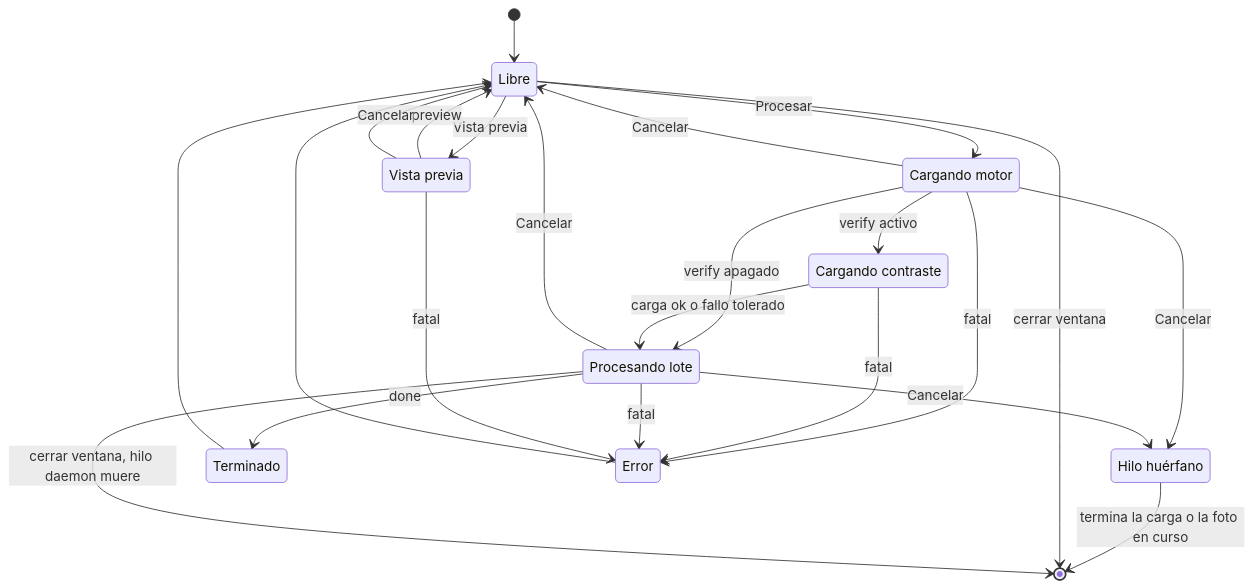
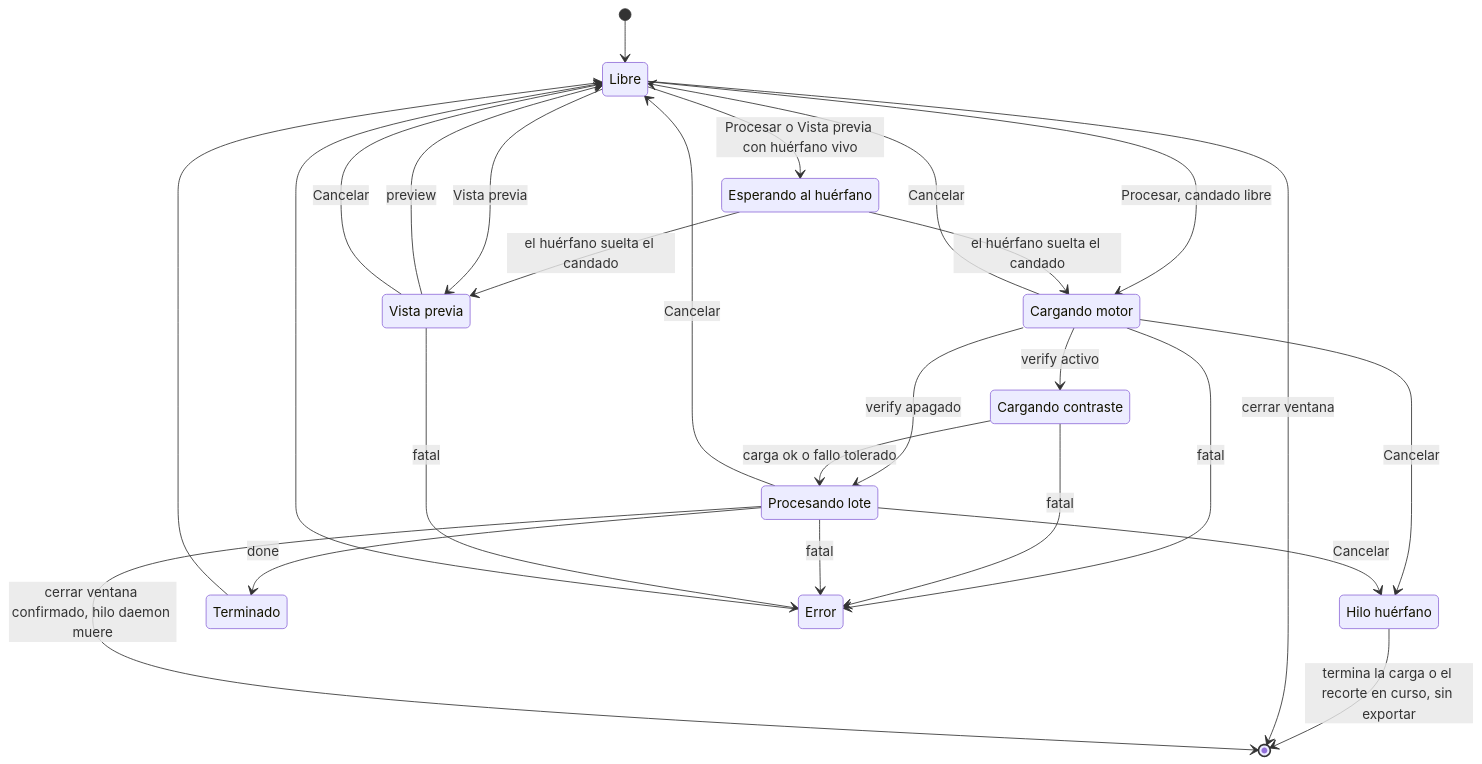
The first of 10 diagrams in docs/MAQUINAS_DE_ESTADO.md (kamiru-art/ps_bg_remover), drawn with Mermaid before and after one commit. The commit also changed other lines of this file, not shown here.

````diff
--- a/docs/MAQUINAS_DE_ESTADO.md
+++ b/docs/MAQUINAS_DE_ESTADO.md
@@ -109,30 +115,34 @@
 ```mermaid
 stateDiagram-v2
     [*] --> Libre
+    state "Esperando al huérfano" as Espera
     state "Cargando motor" as CargaMotor
     state "Cargando contraste" as CargaContraste
     state "Procesando lote" as Lote
     state "Vista previa" as Previa
     state "Hilo huérfano" as Huerfano
-    Libre --> CargaMotor : Procesar
+    Libre --> CargaMotor : Procesar, candado libre
+    Libre --> Espera : Procesar o Vista previa con huérfano vivo
+    Espera --> CargaMotor : el huérfano suelta el candado
+    Espera --> Previa : el huérfano suelta el candado
     Libre --> Previa : Vista previa
     CargaMotor --> CargaContraste : verify activo
     CargaMotor --> Lote : verify apagado
     CargaContraste --> Lote : carga ok o fallo tolerado
     Lote --> Terminado : done
     Previa --> Libre : preview
     CargaMotor --> Error : fatal
     CargaContraste --> Error : fatal
     Lote --> Error : fatal
     Previa --> Error : fatal
     Terminado --> Libre
     Error --> Libre
     CargaMotor --> Libre : Cancelar
     Lote --> Libre : Cancelar
     Previa --> Libre : Cancelar
     CargaMotor --> Huerfano : Cancelar
     Lote --> Huerfano : Cancelar
-    Huerfano --> [*] : termina la carga o la foto en curso
+    Huerfano --> [*] : termina la carga o el recorte en curso, sin exportar
     Libre --> [*] : cerrar ventana
-    Lote --> [*] : cerrar ventana, hilo daemon muere
+    Lote --> [*] : cerrar ventana confirmado, hilo daemon muere
 ```
````
